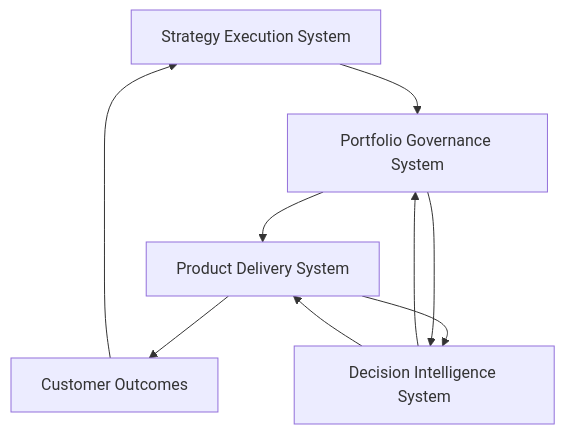
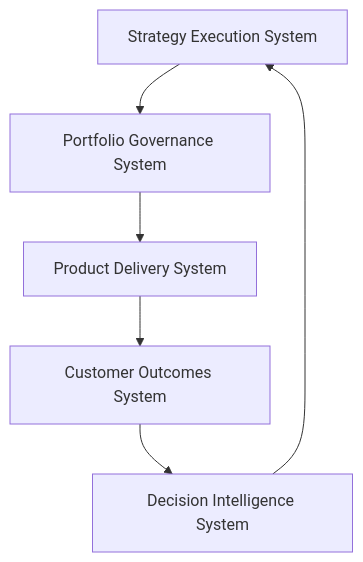
Before and after one commit to ChuckFerrando/ChuckFerrando: the first of 4 diagrams in README.md, drawn with Mermaid. The commit also changed other lines of this file, not shown here.

````diff
--- a/README.md
+++ b/README.md
@@ -92,14 +11,15 @@
 ```mermaid
 flowchart TB
 
-A[Strategy Execution System] --> B[Portfolio Governance System]
-B --> C[Product Delivery System]
-C --> D[Customer Outcomes]
+A["Strategy Execution System"]
+B["Portfolio Governance System"]
+C["Product Delivery System"]
+D["Customer Outcomes System"]
+E["Decision Intelligence System"]
 
-E[Decision Intelligence System] --> B
-E --> C
-
-D --> A
-C --> E
-B --> E
+A --> B
+B --> C
+C --> D
+D --> E
+E --> A
 ```
````
